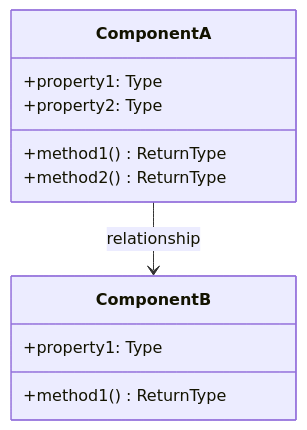
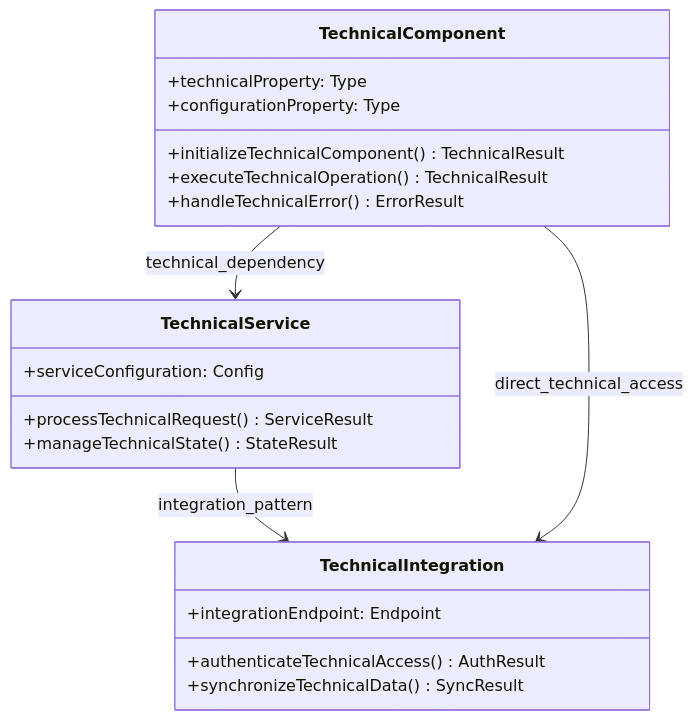
One commit to xincheng213618/OpenDeepWiki changed the second of 8 diagrams in src/KoalaWiki/Prompts/Warehouse/GenerateDocs.md. Above: the diagram before and after it, drawn with Mermaid. The commit also changed other lines of this file and 4 other files, not shown here.

````diff
--- a/src/KoalaWiki/Prompts/Warehouse/GenerateDocs.md
+++ b/src/KoalaWiki/Prompts/Warehouse/GenerateDocs.md
@@ -207,14 +283,23 @@
 ```mermaid
 classDiagram
-    class ComponentA {
-        +property1: Type
-        +property2: Type
-        +method1() ReturnType
-        +method2() ReturnType
+    class TechnicalComponent {
+        +technicalProperty: Type
+        +configurationProperty: Type
+        +initializeTechnicalComponent() TechnicalResult
+        +executeTechnicalOperation() TechnicalResult
+        +handleTechnicalError() ErrorResult
     }
-    class ComponentB {
-        +property1: Type
-        +method1() ReturnType
+    class TechnicalService {
+        +serviceConfiguration: Config
+        +processTechnicalRequest() ServiceResult
+        +manageTechnicalState() StateResult
     }
-    ComponentA --> ComponentB : relationship
+    class TechnicalIntegration {
+        +integrationEndpoint: Endpoint
+        +authenticateTechnicalAccess() AuthResult
+        +synchronizeTechnicalData() SyncResult
+    }
+    TechnicalComponent --> TechnicalService : technical_dependency
+    TechnicalService --> TechnicalIntegration : integration_pattern
+    TechnicalComponent --> TechnicalIntegration : direct_technical_access
 ```
````
